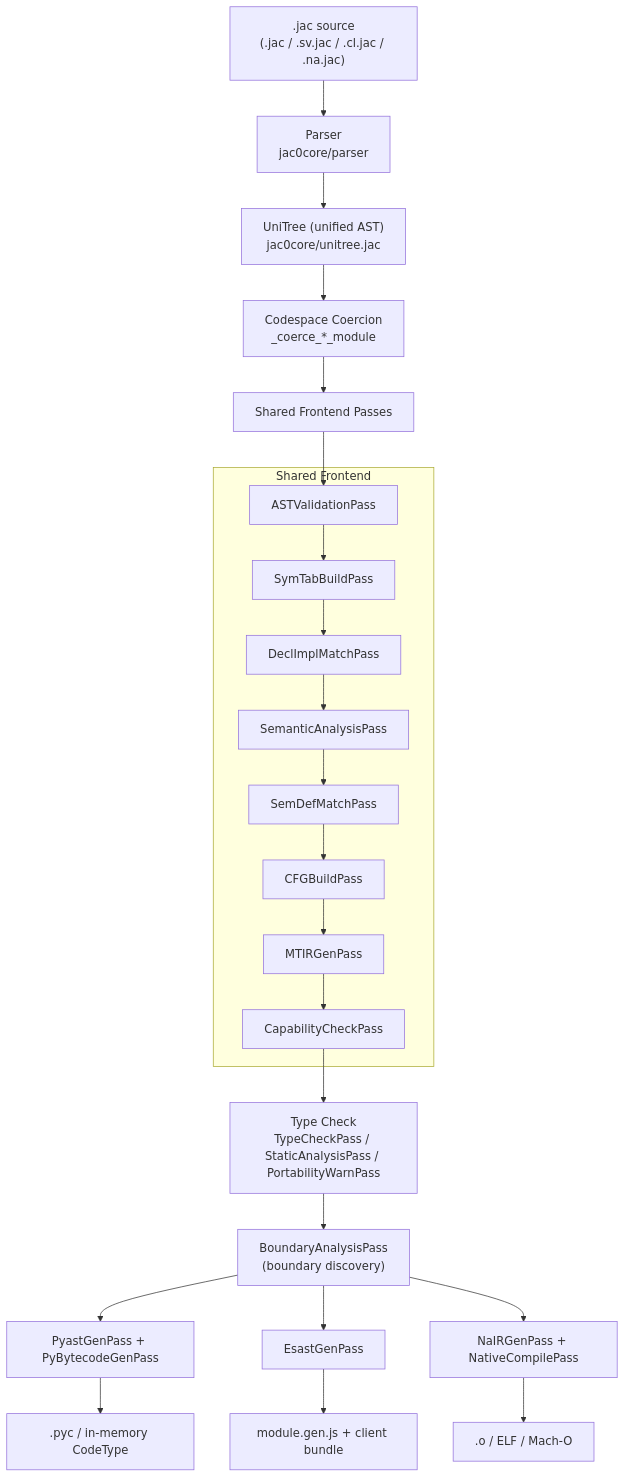
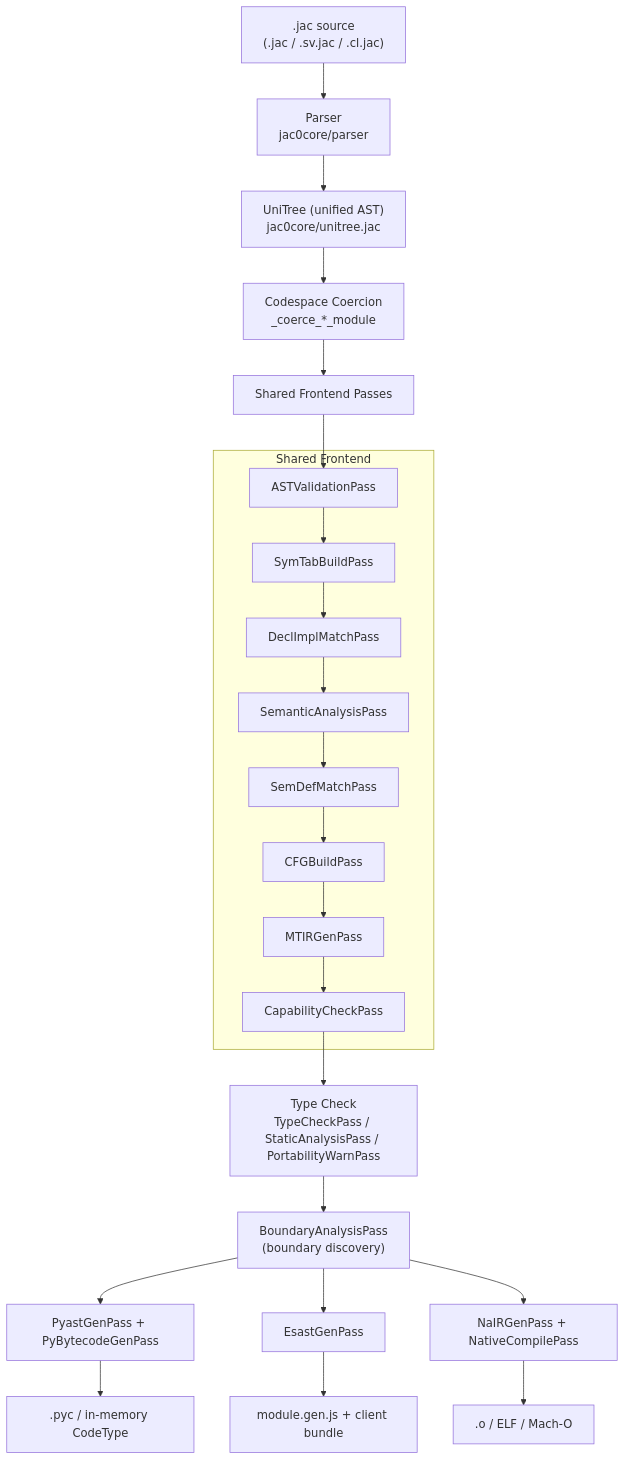
The second of 3 diagrams in jac/jaclang/cli/docs/internals/compiler_architecture.md (jaseci-labs/jaseci), drawn with Mermaid before and after one commit. The commit also changed other lines of this file and 586 other files, not shown here.

````diff
--- a/jac/jaclang/cli/docs/internals/compiler_architecture.md
+++ b/jac/jaclang/cli/docs/internals/compiler_architecture.md
@@ -96,29 +96,29 @@
 ```mermaid
 graph TD
-    SRC[".jac source<br/>(.jac / .sv.jac / .cl.jac / .na.jac)"] --> PARSE[Parser<br/>jac0core/parser]
+    SRC[".jac source<br/>(.jac / .sv.jac / .cl.jac)"] --> PARSE[Parser<br/>jac0core/parser]
     PARSE --> UNI["UniTree (unified AST)<br/>jac0core/unitree.jac"]
     UNI --> COERCE["Codespace Coercion<br/>_coerce_*_module"]
     COERCE --> FRONTEND[Shared Frontend Passes]
 
     subgraph FRONTEND_PASSES["Shared Frontend"]
         FE1[ASTValidationPass]
         FE2[SymTabBuildPass]
         FE3[DeclImplMatchPass]
         FE4[SemanticAnalysisPass]
         FE5[SemDefMatchPass]
         FE6[CFGBuildPass]
         FE7[MTIRGenPass]
         FE8[CapabilityCheckPass]
     end
 
     FRONTEND --> FE1 --> FE2 --> FE3 --> FE4 --> FE5 --> FE6 --> FE7 --> FE8
     FE8 --> TYPECK["Type Check<br/>TypeCheckPass / StaticAnalysisPass / PortabilityWarnPass"]
     TYPECK --> INTEROP["BoundaryAnalysisPass<br/>(boundary discovery)"]
     INTEROP --> SV[PyastGenPass + PyBytecodeGenPass]
     INTEROP --> CL[EsastGenPass]
     INTEROP --> NA[NaIRGenPass + NativeCompilePass]
 
     SV --> SVOUT[".pyc / in-memory CodeType"]
     CL --> CLOUT["module.gen.js + client bundle"]
     NA --> NAOUT[".o / ELF / Mach-O"]
 ```
````
